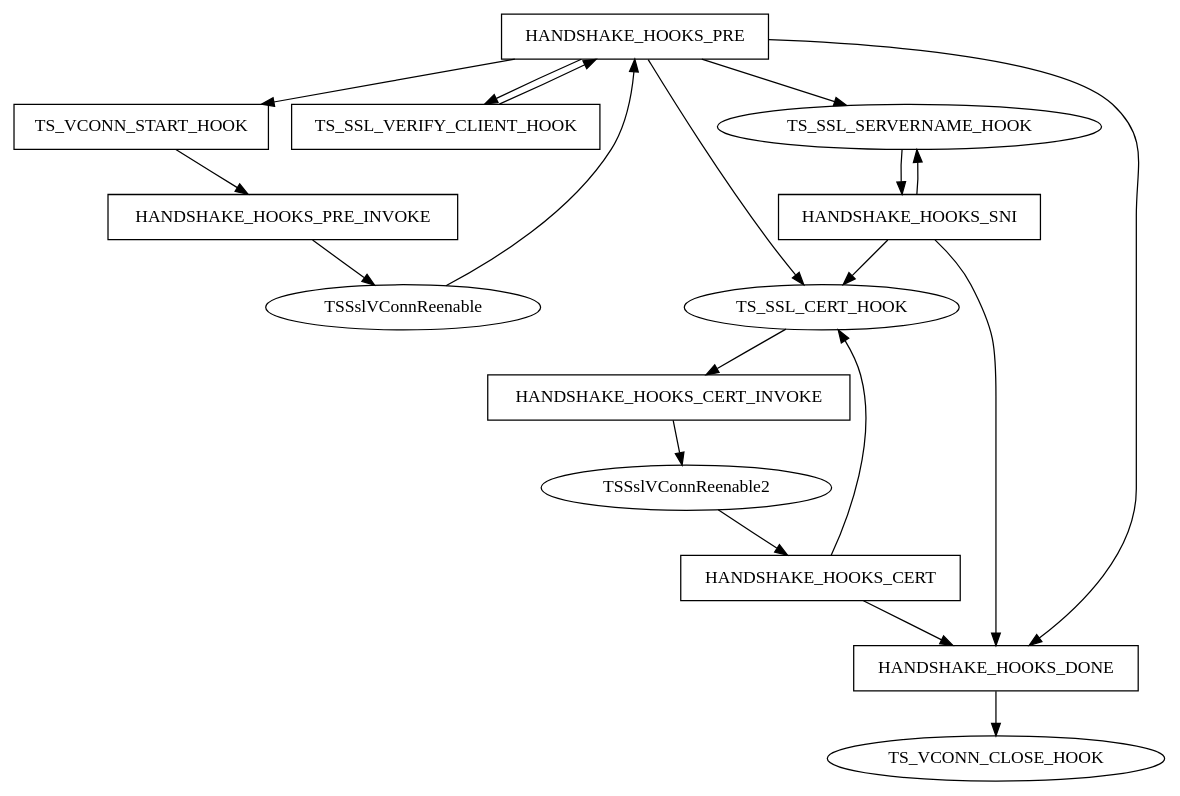
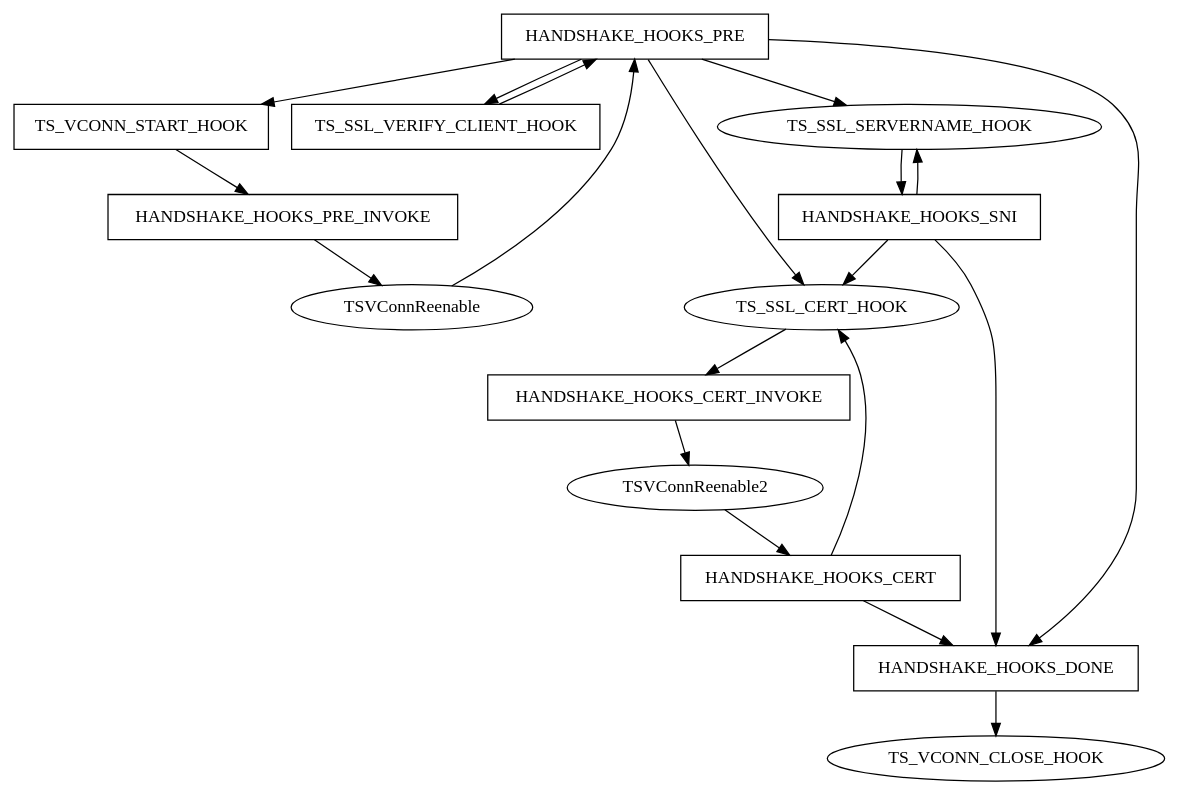
The first of 2 diagrams in doc/developer-guide/plugins/hooks-and-transactions/ssl-hooks.en.rst (apache/trafficserver), drawn with Graphviz before and after one commit. The commit also changed other lines of this file and 7 other files, not shown here.

Commit message:
Add VConn Reenable event so plugins can error processing.

```diff
--- a/doc/developer-guide/plugins/hooks-and-transactions/ssl-hooks.en.rst
+++ b/doc/developer-guide/plugins/hooks-and-transactions/ssl-hooks.en.rst
@@ -129,33 +129,33 @@
 .. graphviz::
    :alt: TLS Inbound Hook State Diagram
 
    digraph tls_hook_state_diagram{
      HANDSHAKE_HOOKS_PRE -> TS_VCONN_START_HOOK;
      HANDSHAKE_HOOKS_PRE -> TS_SSL_VERIFY_CLIENT_HOOK;
      HANDSHAKE_HOOKS_PRE -> TS_SSL_CERT_HOOK;
      HANDSHAKE_HOOKS_PRE -> TS_SSL_SERVERNAME_HOOK;
      HANDSHAKE_HOOKS_PRE -> HANDSHAKE_HOOKS_DONE;
      TS_SSL_VERIFY_CLIENT_HOOK -> HANDSHAKE_HOOKS_PRE;
      TS_VCONN_START_HOOK -> HANDSHAKE_HOOKS_PRE_INVOKE;
-     HANDSHAKE_HOOKS_PRE_INVOKE -> TSSslVConnReenable;
-     TSSslVConnReenable -> HANDSHAKE_HOOKS_PRE;
+     HANDSHAKE_HOOKS_PRE_INVOKE -> TSVConnReenable;
+     TSVConnReenable -> HANDSHAKE_HOOKS_PRE;
      TS_SSL_SERVERNAME_HOOK -> HANDSHAKE_HOOKS_SNI;
      HANDSHAKE_HOOKS_SNI -> TS_SSL_SERVERNAME_HOOK;
      HANDSHAKE_HOOKS_SNI -> TS_SSL_CERT_HOOK;
      HANDSHAKE_HOOKS_SNI -> HANDSHAKE_HOOKS_DONE;
      HANDSHAKE_HOOKS_CERT -> TS_SSL_CERT_HOOK;
      TS_SSL_CERT_HOOK -> HANDSHAKE_HOOKS_CERT_INVOKE;
-     HANDSHAKE_HOOKS_CERT_INVOKE -> TSSslVConnReenable2;
-     TSSslVConnReenable2 -> HANDSHAKE_HOOKS_CERT;
+     HANDSHAKE_HOOKS_CERT_INVOKE -> TSVConnReenable2;
+     TSVConnReenable2 -> HANDSHAKE_HOOKS_CERT;
      HANDSHAKE_HOOKS_CERT -> HANDSHAKE_HOOKS_DONE;
      HANDSHAKE_HOOKS_DONE -> TS_VCONN_CLOSE_HOOK;
 
      HANDSHAKE_HOOKS_PRE [shape=box];
      TS_VCONN_START_HOOK [shape=box];
      TS_SSL_VERIFY_CLIENT_HOOK [shape=box];
      HANDSHAKE_HOOKS_PRE_INVOKE [shape=box];
      HANDSHAKE_HOOKS_SNI [shape=box];
      HANDSHAKE_HOOKS_CERT [shape=box];
      HANDSHAKE_HOOKS_CERT_INVOKE [shape=box];
      HANDSHAKE_HOOKS_DONE [shape=box];
    }
```
